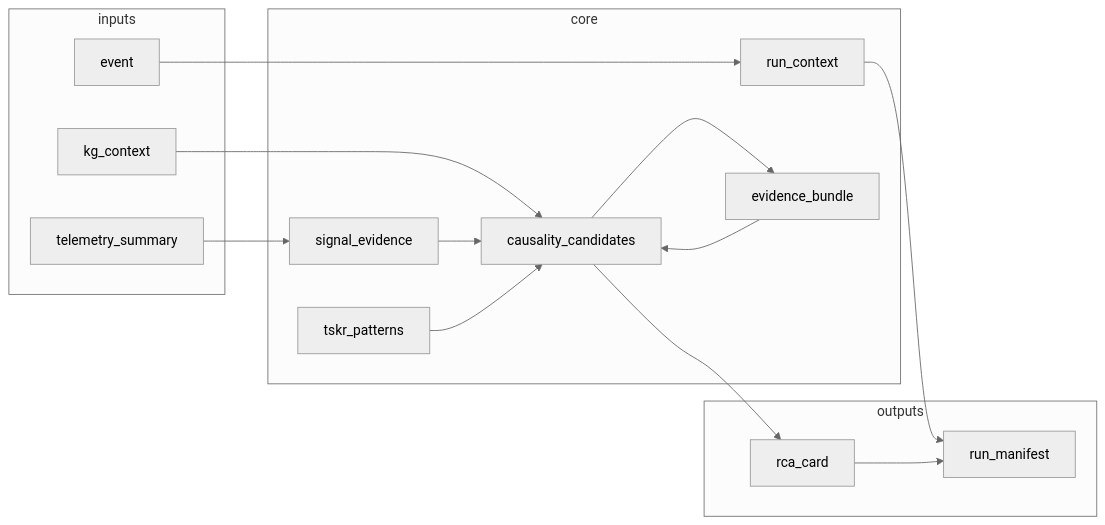
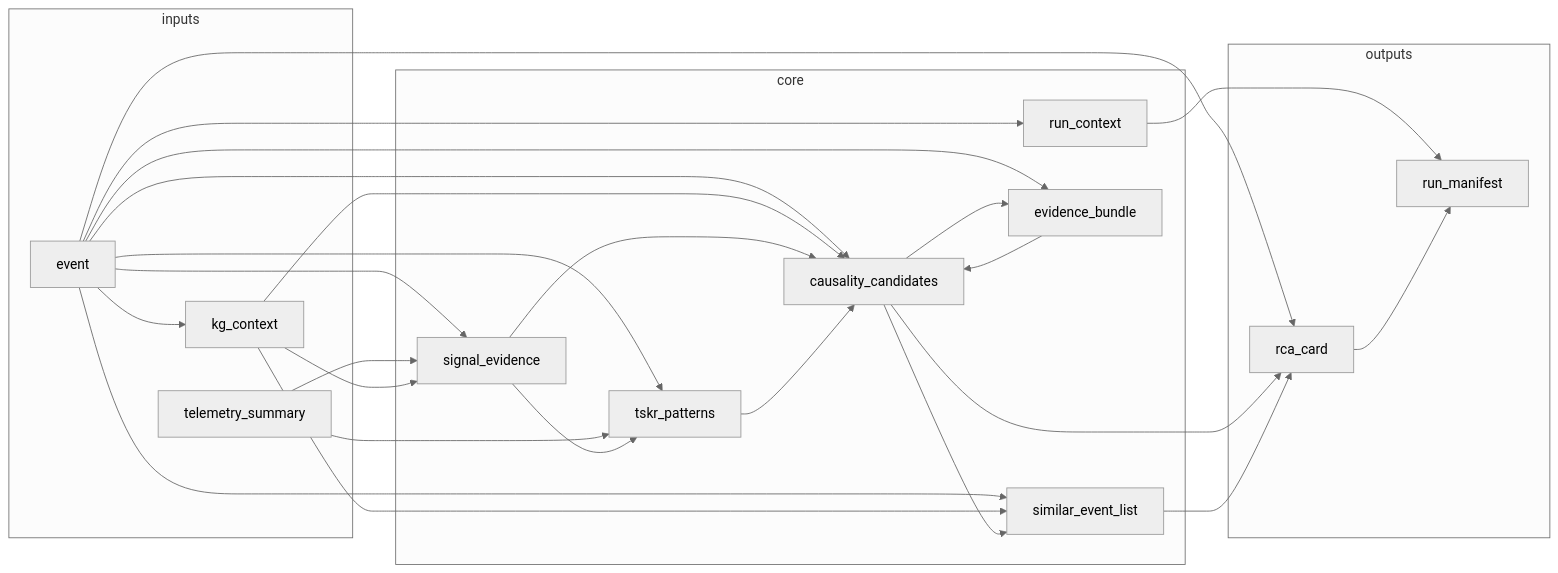
One commit to idaholab/DACKAR changed the diagram in src/dackar/RCA/diagrams/april_25/rca_workflow_reference_guide_april_25.md. Above: the diagram before and after it, drawn with Mermaid (neutral theme). The commit also changed other lines of this file and 13 other files, not shown here.

````diff
--- a/src/dackar/RCA/diagrams/april_25/rca_workflow_reference_guide_april_25.md
+++ b/src/dackar/RCA/diagrams/april_25/rca_workflow_reference_guide_april_25.md
@@ -122,29 +248,43 @@
 ```mermaid
 flowchart LR
   subgraph inputs
     E[event]
     T[telemetry_summary]
     KG[kg_context]
   end
   subgraph core
     RC[run_context]
     SE[signal_evidence]
     TSKR[tskr_patterns]
     CC[causality_candidates]
     EV[evidence_bundle]
+    SEL[similar_event_list]
   end
   subgraph outputs
     RCARD[rca_card]
     RM[run_manifest]
   end
   E --> RC
+  E --> KG
+  E --> SE
+  E --> TSKR
+  E --> CC
+  E --> EV
+  E --> SEL
+  E --> RCARD
   T --> SE
+  T --> TSKR
+  KG --> SE
   KG --> CC
+  KG --> SEL
+  SE --> TSKR
   SE --> CC
   TSKR --> CC
   CC --> EV
   EV --> CC
+  CC --> SEL
   CC --> RCARD
+  SEL --> RCARD
   RC --> RM
   RCARD --> RM
 ```
````
